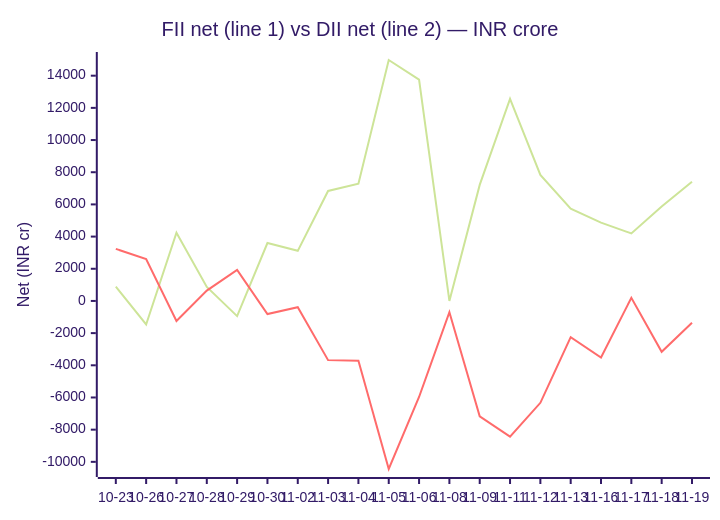
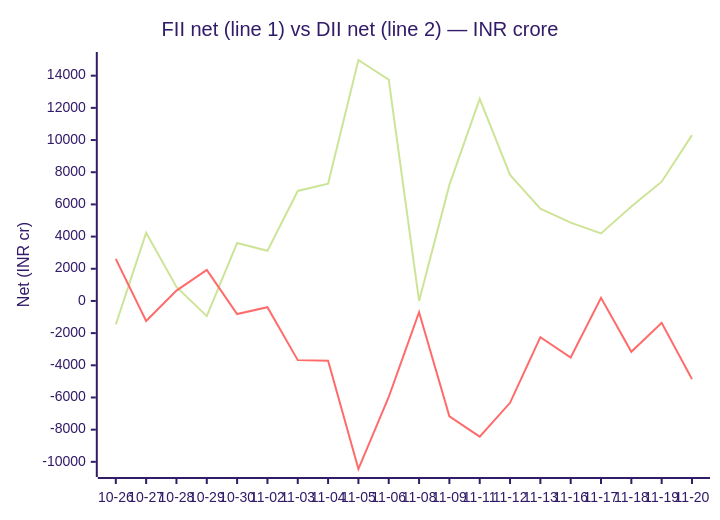
One commit to chirag127/fii-dii-activity-api changed the second of 2 diagrams in README.md. Above: the diagram before and after it, drawn with Mermaid (forest theme). The commit also changed other lines of this file and 5 other files, not shown here.

````diff
--- a/README.md
+++ b/README.md
@@ -53,8 +53,8 @@
 ```mermaid
 xychart-beta
     title "FII net (line 1) vs DII net (line 2) — INR crore"
-    x-axis ["10-23", "10-26", "10-27", "10-28", "10-29", "10-30", "11-02", "11-03", "11-04", "11-05", "11-06", "11-08", "11-09", "11-11", "11-12", "11-13", "11-16", "11-17", "11-18", "11-19"]
+    x-axis ["10-26", "10-27", "10-28", "10-29", "10-30", "11-02", "11-03", "11-04", "11-05", "11-06", "11-08", "11-09", "11-11", "11-12", "11-13", "11-16", "11-17", "11-18", "11-19", "11-20"]
     y-axis "Net (INR cr)" -10445 --> 14975
-    line [887.65, -1462.49, 4240.39, 871.83, -943.6, 3598.54, 3114.68, 6836.81, 7284.03, 14974.68, 13749.82, -0.25, 7212.22, 12563.33, 7830.6, 5736.55, 4864.68, 4195.38, 5866.78, 7411.41]
-    line [3235.36, 2609.57, -1250.03, 643.35, 1924.41, -817.51, -392.2, -3678.85, -3712.23, -10444.54, -5968.7, -700.31, -7172.53, -8434.53, -6331.17, -2253.58, -3519.05, 196.93, -3159.9, -1356.57]
+    line [-1462.49, 4240.39, 871.83, -943.6, 3598.54, 3114.68, 6836.81, 7284.03, 14974.68, 13749.82, -0.25, 7212.22, 12563.33, 7830.6, 5736.55, 4864.68, 4195.38, 5866.78, 7411.41, 10308.42]
+    line [2609.57, -1250.03, 643.35, 1924.41, -817.51, -392.2, -3678.85, -3712.23, -10444.54, -5968.7, -700.31, -7172.53, -8434.53, -6331.17, -2253.58, -3519.05, 196.93, -3159.9, -1356.57, -4859.8]
 ```
````
